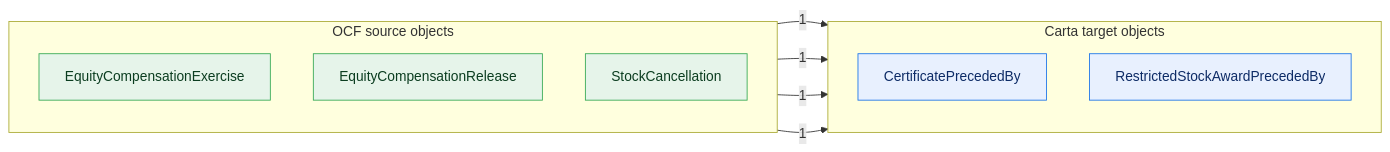
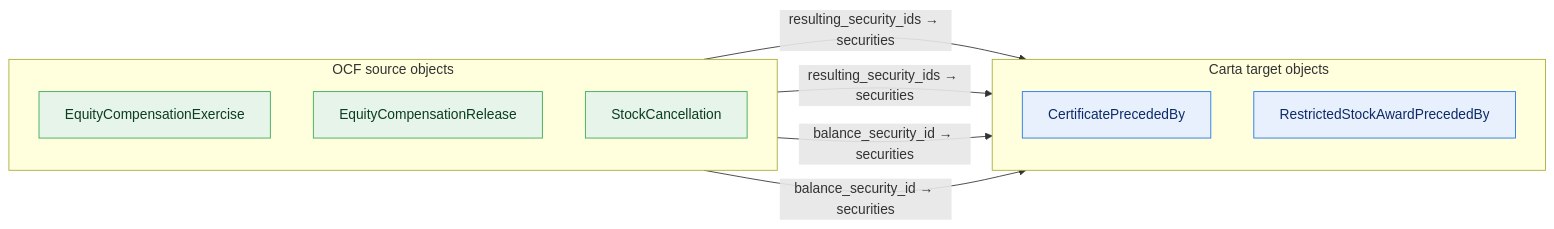
Before and after one commit to Open-Cap-Table-Coalition/OCF-Composed-Schemas: the first of 10 diagrams in core-rich/core-upstream.md, drawn with Mermaid. The commit also changed other lines of this file and 4 other files, not shown here.

First line of the commit message:
OCF Core: label loss-diagram edges with the property flowing

````diff
--- a/core-rich/core-upstream.md
+++ b/core-rich/core-upstream.md
@@ -18,22 +18,22 @@
 ```mermaid
 flowchart LR
   classDef adm fill:#e6f4ea,stroke:#34a853,color:#0b3d20;
   classDef notadm fill:#f1f3f4,stroke:#9aa0a6,color:#5f6368,stroke-dasharray:4 3;
   classDef carta fill:#e8f0fe,stroke:#1a73e8,color:#0d2b66;
   classDef sink fill:#fce8e6,stroke:#d93025,color:#5c0d06;
   subgraph SRC["OCF source objects"]
     direction TB
     o0["EquityCompensationExercise"]:::adm
     o1["EquityCompensationRelease"]:::adm
     o2["StockCancellation"]:::adm
   end
   subgraph TGT["Carta target objects"]
     direction TB
     t0["CertificatePrecededBy"]:::carta
     t1["RestrictedStockAwardPrecededBy"]:::carta
   end
-  o0 -->|1| t0
-  o1 -->|1| t0
-  o2 -->|1| t1
-  o2 -->|1| t0
+  o0 -->|"resulting_security_ids → securities"| t0
+  o1 -->|"resulting_security_ids → securities"| t0
+  o2 -->|"balance_security_id → securities"| t1
+  o2 -->|"balance_security_id → securities"| t0
 ```
````
